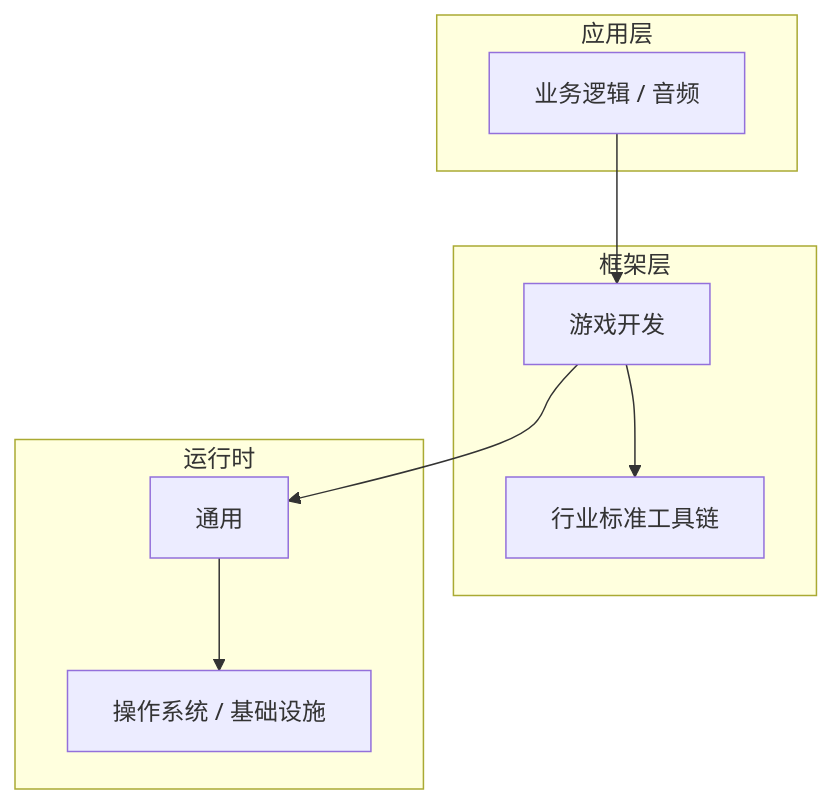
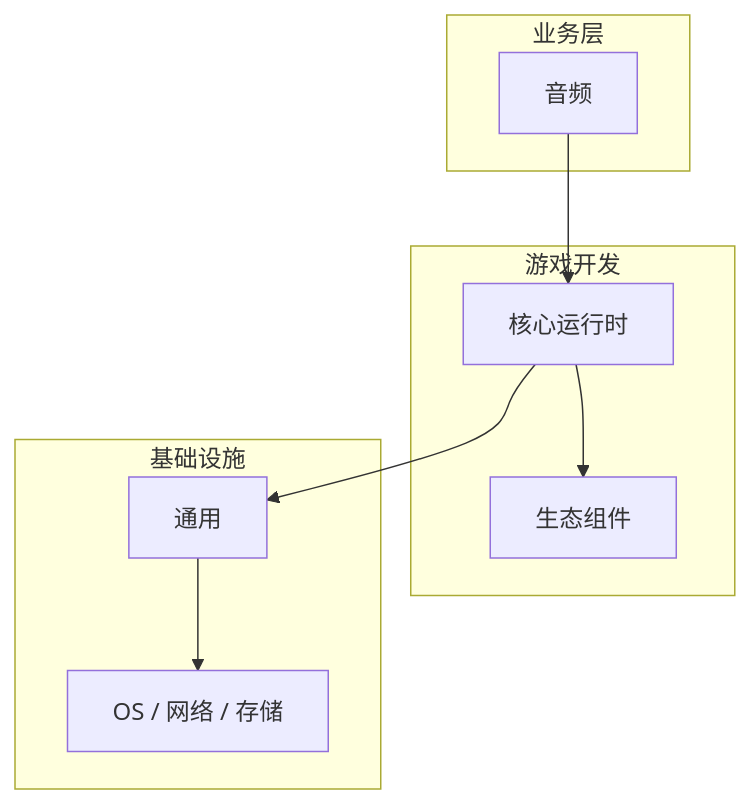
Before and after one commit to yanggan2015/knowledge-json-v2: the diagram in articles/游戏开发/chapters/076-音频核心概念与原理.md, drawn with Mermaid. The commit also changed other lines of this file and 10127 other files, not shown here.

````diff
--- a/articles/游戏开发/chapters/076-音频核心概念与原理.md
+++ b/articles/游戏开发/chapters/076-音频核心概念与原理.md
@@ -45,18 +30,18 @@
 ```mermaid
 graph TB
-    subgraph 应用层
-        A[业务逻辑 / 音频]
+    subgraph 业务层
+        A[音频]
     end
-    subgraph 框架层
-        B[游戏开发]
-        C[行业标准工具链]
+    subgraph 游戏开发
+        B[核心运行时]
+        C[生态组件]
     end
-    subgraph 运行时
+    subgraph 基础设施
         D[通用]
-        E[操作系统 / 基础设施]
+        E[OS / 网络 / 存储]
     end
     A --> B
     B --> C
     B --> D
     D --> E
 ```
````
